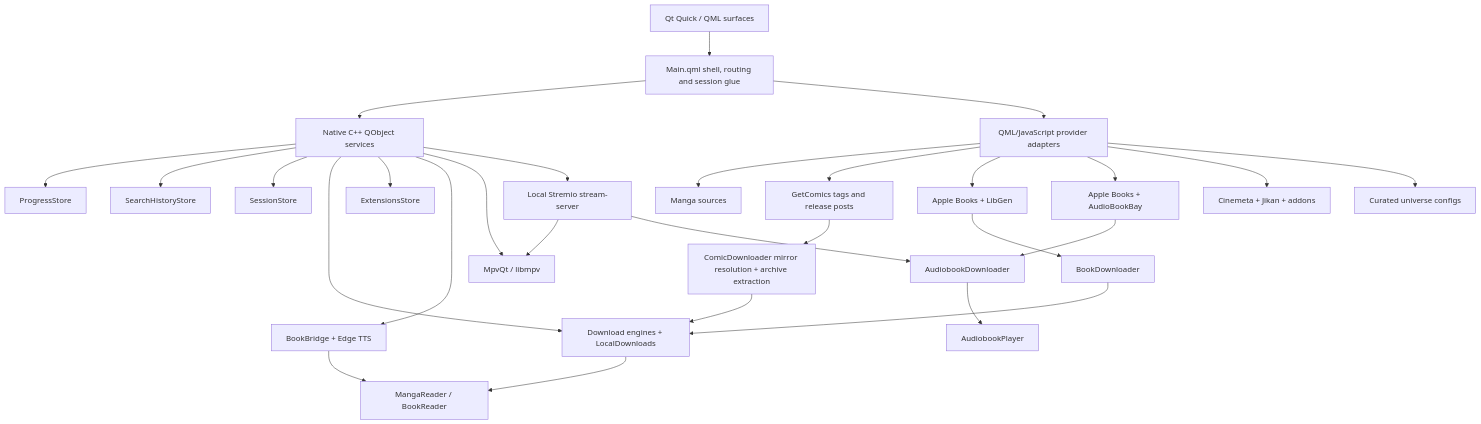
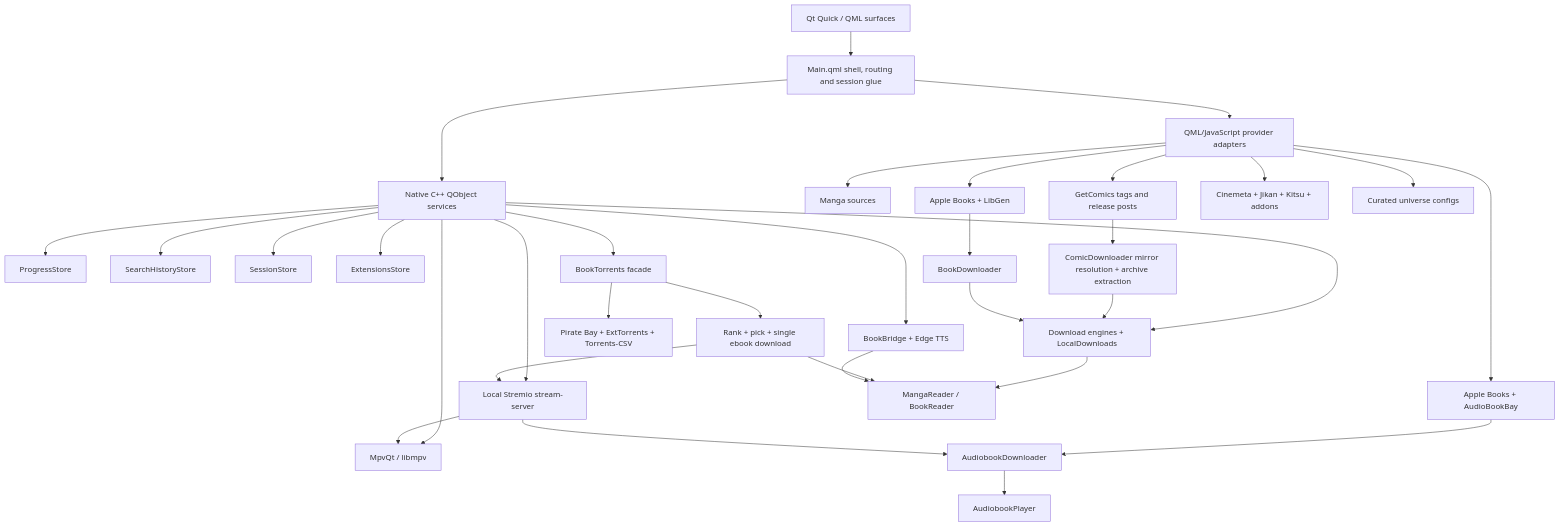
The diagram in README.md (kingoftheseas56/Colosseum), drawn with Mermaid before and after one commit. The commit also changed other lines of this file, not shown here.

````diff
--- a/README.md
+++ b/README.md
@@ -316,36 +341,41 @@
 ```mermaid
 flowchart TB
     UI[Qt Quick / QML surfaces]
     Shell[Main.qml shell, routing and session glue]
 
     UI --> Shell
     Shell --> Native[Native C++ QObject services]
     Shell --> Providers[QML/JavaScript provider adapters]
 
     Native --> Progress[ProgressStore]
     Native --> SearchHistory[SearchHistoryStore]
     Native --> Sessions[SessionStore]
     Native --> Downloads[Download engines + LocalDownloads]
     Native --> Extensions[ExtensionsStore]
     Native --> BookBridge[BookBridge + Edge TTS]
     Native --> Player[MpvQt / libmpv]
     Native --> StreamServer[Local Stremio stream-server]
+    Native --> BookTorrents[BookTorrents facade]
 
     Providers --> Manga[Manga sources]
     Providers --> GetComics[GetComics tags and release posts]
     Providers --> Books[Apple Books + LibGen]
     Providers --> Audiobooks[Apple Books + AudioBookBay]
-    Providers --> Theatre[Cinemeta + Jikan + addons]
+    Providers --> Theatre[Cinemeta + Jikan + Kitsu + addons]
     Providers --> Universes[Curated universe configs]
 
+    BookTorrents --> Indexers[Pirate Bay + ExtTorrents + Torrents-CSV]
+    BookTorrents --> BookTorrentDownloader[Rank + pick + single ebook download]
+    BookTorrentDownloader --> StreamServer
     GetComics --> ComicDownloader[ComicDownloader mirror resolution + archive extraction]
     Books --> BookDownloader[BookDownloader]
     Audiobooks --> AudiobookDownloader[AudiobookDownloader]
     StreamServer --> Player
     StreamServer --> AudiobookDownloader
     ComicDownloader --> Downloads
     BookDownloader --> Downloads
     Downloads --> Readers[MangaReader / BookReader]
+    BookTorrentDownloader --> Readers
     AudiobookDownloader --> AudioPlayer[AudiobookPlayer]
     BookBridge --> Readers
 ```
````
